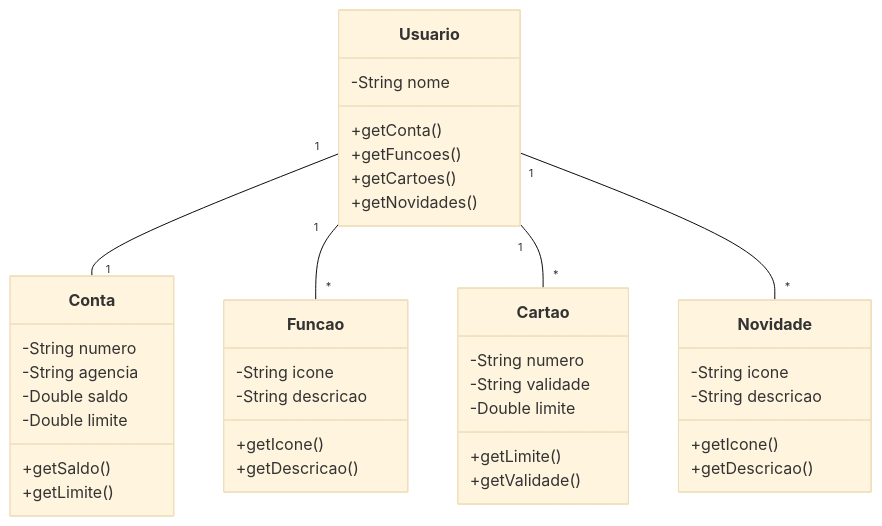
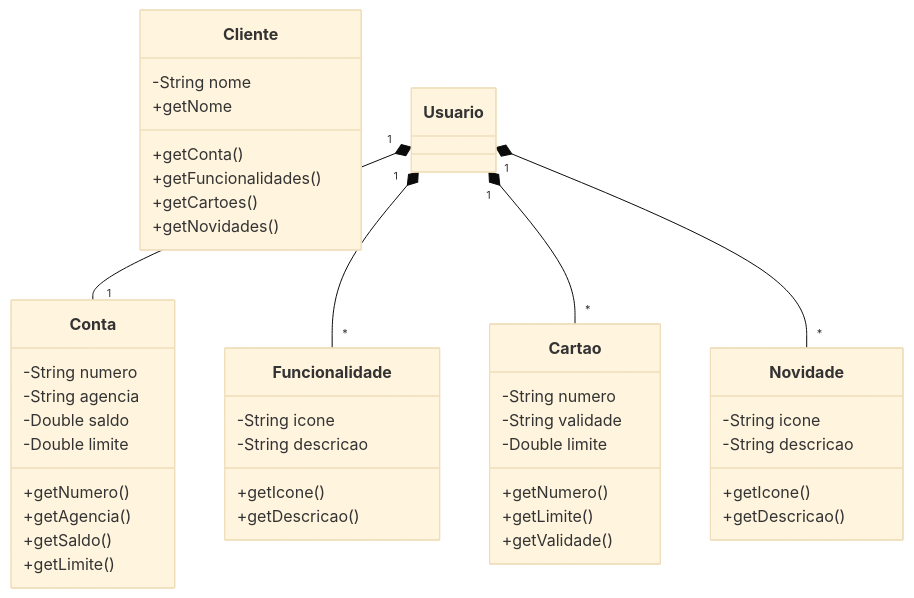
The diagram in README.md (KvraoRJ/springboot-clientes), drawn with Mermaid (base theme) before and after one commit. The commit also changed 5 other files, not shown here.

````diff
--- a/README.md
+++ b/README.md
@@ -3,47 +3,51 @@
 ```mermaid
 classDiagram
-    class Usuario {
+    class Cliente {
         -String nome
+        +getNome
         +getConta()
-        +getFuncoes()
+        +getFuncionalidades()
         +getCartoes()
         +getNovidades()
     }
 
     class Conta {
         -String numero
         -String agencia
         -Double saldo
         -Double limite
+        +getNumero()
+        +getAgencia()
         +getSaldo()
         +getLimite()
     }
 
-    class Funcao {
+    class Funcionalidade {
         -String icone
         -String descricao
         +getIcone()
         +getDescricao()
     }
 
     class Cartao {
         -String numero
         -String validade
         -Double limite
+        +getNumero()
         +getLimite()
         +getValidade()
     }
 
     class Novidade {
         -String icone
         -String descricao
         +getIcone()
         +getDescricao()
     }
 
-    Usuario "1" -- "1" Conta
-    Usuario "1" -- "*" Funcao
-    Usuario "1" -- "*" Cartao
-    Usuario "1" -- "*" Novidade
+    Usuario "1" *-- "1" Conta
+    Usuario "1" *-- "*" Funcionalidade
+    Usuario "1" *-- "*" Cartao
+    Usuario "1" *-- "*" Novidade
 
 ```
````
